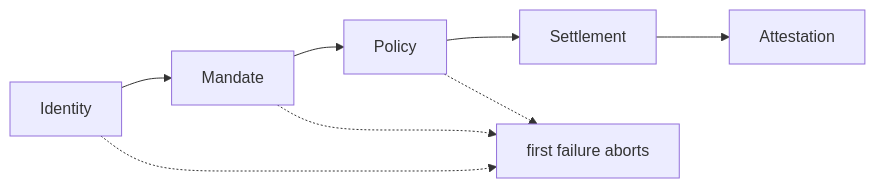
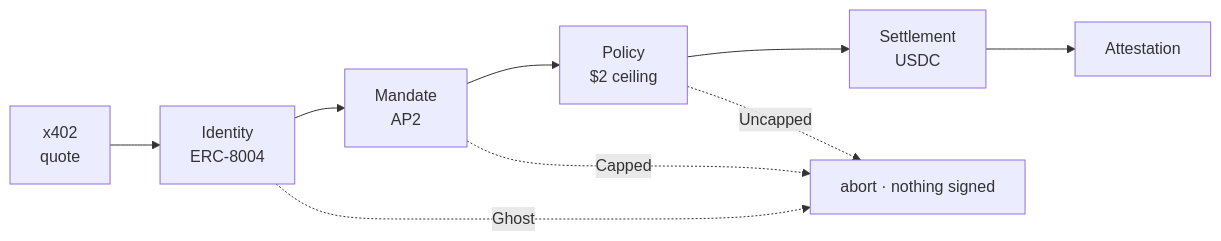
One commit to hivinaynair/sietch changed the third of 4 diagrams in README.md. Above: the diagram before and after it, drawn with Mermaid. The commit also changed other lines of this file and 3 other files, not shown here.

````diff
--- a/README.md
+++ b/README.md
@@ -142,10 +158,11 @@
 ```mermaid
 flowchart LR
-  I["Identity"] --> M["Mandate"]
-  M --> P["Policy"]
-  P --> S["Settlement"]
+  Q["x402<br/>quote"] --> I["Identity<br/>ERC-8004"]
+  I --> M["Mandate<br/>AP2"]
+  M --> P["Policy<br/>$2 ceiling"]
+  P --> S["Settlement<br/>USDC"]
   S --> A["Attestation"]
-  I -.-> X["first failure aborts"]
-  M -.-> X
-  P -.-> X
+  I -.->|Ghost| X["abort · nothing signed"]
+  M -.->|Capped| X
+  P -.->|Uncapped| X
 ```
````
